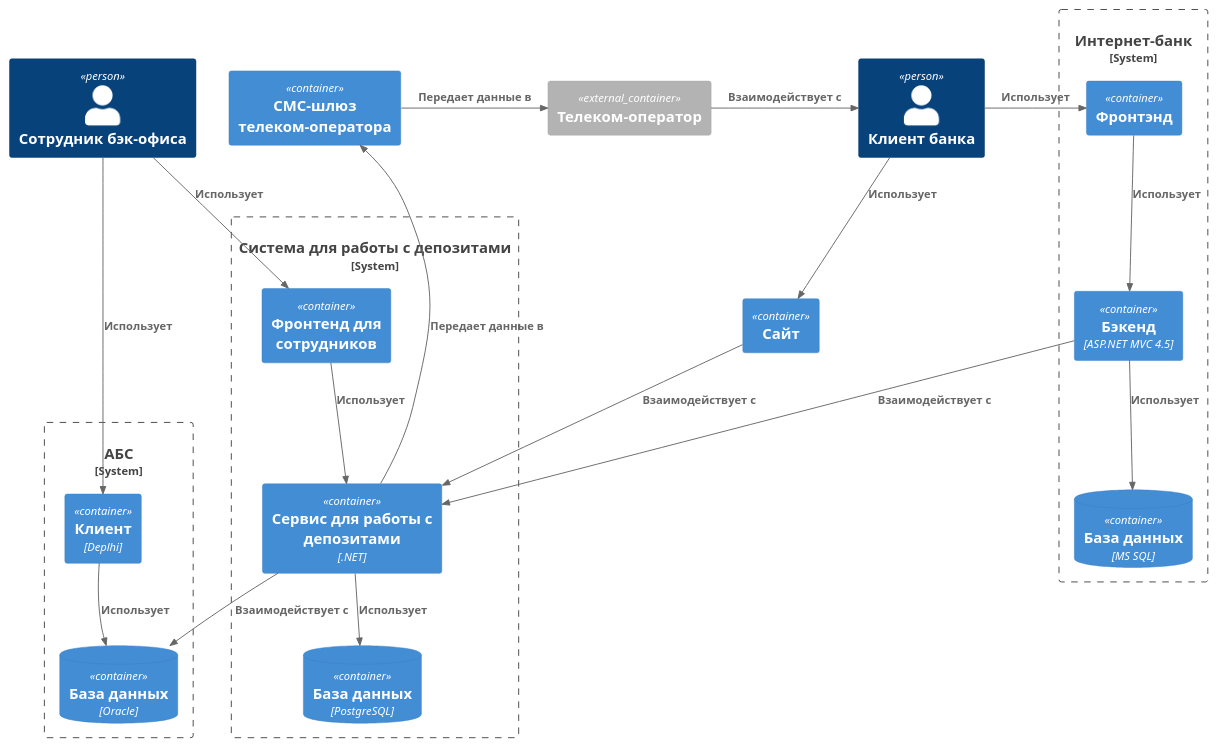
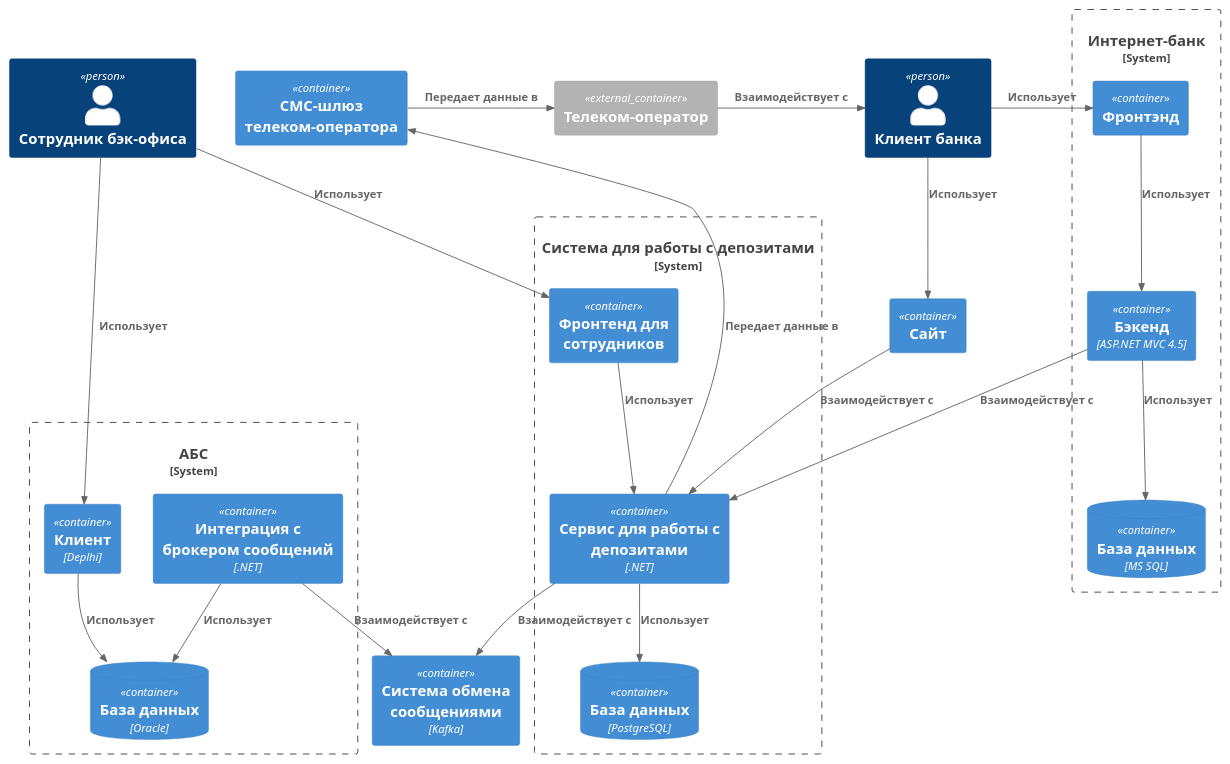
The diagram in Task3/Containers.puml (vsevolod-nikitin/yandex-practicum-architecture-pro-standart), drawn with PlantUML before and after one commit. The commit also changed 3 other files, not shown here.

Commit message:
Добавление Kafka в схему

```diff
--- a/Task3/Containers.puml
+++ b/Task3/Containers.puml
@@ -1,54 +1,58 @@
 @startuml Containers
 !include https://raw.githubusercontent.com/plantuml-stdlib/C4-PlantUML/master/C4_Container.puml
 
 Person(client, "Клиент банка")
 Person(backEmployee, "Сотрудник бэк-офиса")
 
 Container(website, "Сайт")
 
 System_Boundary(internetBankSystem, "Интернет-банк"){
     Container(internetBankFrontend, "Фронтэнд")
     Container(internetBank, "Бэкенд", "ASP.NET MVC 4.5")
     ContainerDb(internetBankDb, "База данных", "MS SQL")
 }
 
 System_Boundary(absSystem, "АБС"){
     Container(abs, "Клиент", "Deplhi")
+    Container(absMQIntegration, "Интеграция с брокером сообщений", ".NET")
     ContainerDb(absDb, "База данных", "Oracle")
 }
 
 System_Boundary(depositSystem, "Система для работы с депозитами"){
     Container(depositServiceFrontend, "Фронтенд для сотрудников")
     Container(depositService, "Сервис для работы с депозитами", ".NET")
     ContainerDb(depositServiceDb, "База данных", "PostgreSQL")
 }
 
 Container(smsGateway, "СМС-шлюз телеком-оператора")
+Container(messageBroker, "Система обмена сообщениями", "Kafka")
 
 Container_Ext(telecomOperator, "Телеком-оператор")
 
 Rel(client, internetBankFrontend, "Использует")
 Rel(client, website, "Использует")
 
 Rel(backEmployee, depositServiceFrontend, "Использует")
 Rel(backEmployee, abs, "Использует")
 
 Rel(internetBank, depositService, "Взаимодействует с")
 Rel(website, depositService, "Взаимодействует с")
 
-Rel_R(depositService, smsGateway, "Передает данные в")
-Rel(depositService, absDb, "Взаимодействует с")
+Rel(depositService, smsGateway, "Передает данные в")
+Rel(depositService, messageBroker, "Взаимодействует с")
 Rel(depositService, depositServiceDb, "Использует")
 Rel(depositServiceFrontend, depositService, "Использует")
 
 Rel_R(smsGateway, telecomOperator, "Передает данные в")
 Rel_R(telecomOperator, client, "Взаимодействует с")
 
 Rel(internetBankFrontend, internetBank, "Использует")
 Rel(internetBank, internetBankDb, "Использует")
 
 Rel(abs, absDb, "Использует")
+Rel(absMQIntegration, messageBroker, "Взаимодействует с")
+Rel(absMQIntegration, absDb, "Использует")
 
 LAYOUT_TOP_DOWN()
 
 @enduml
```
